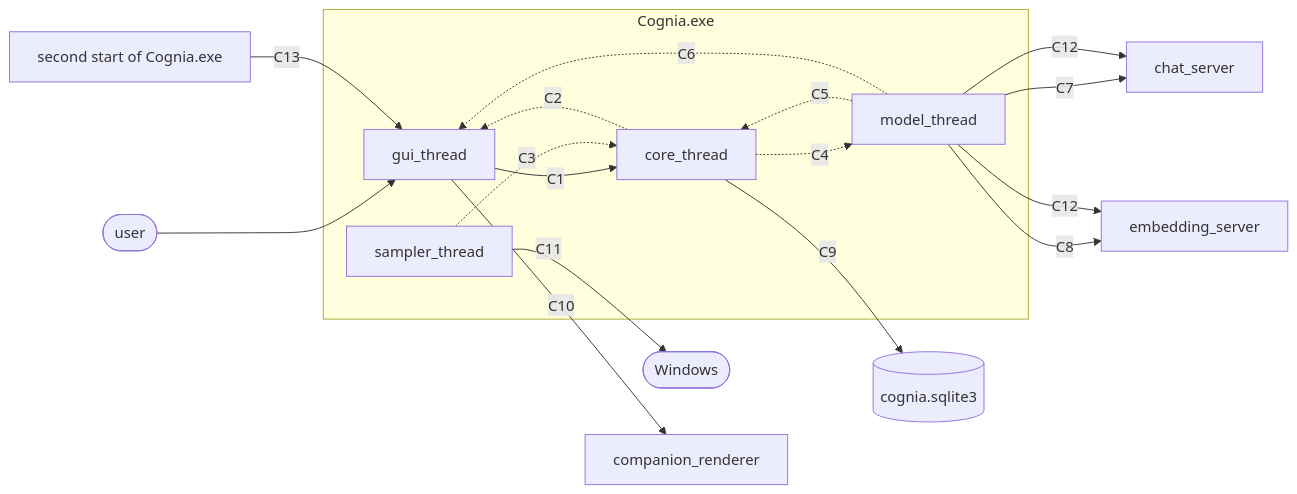
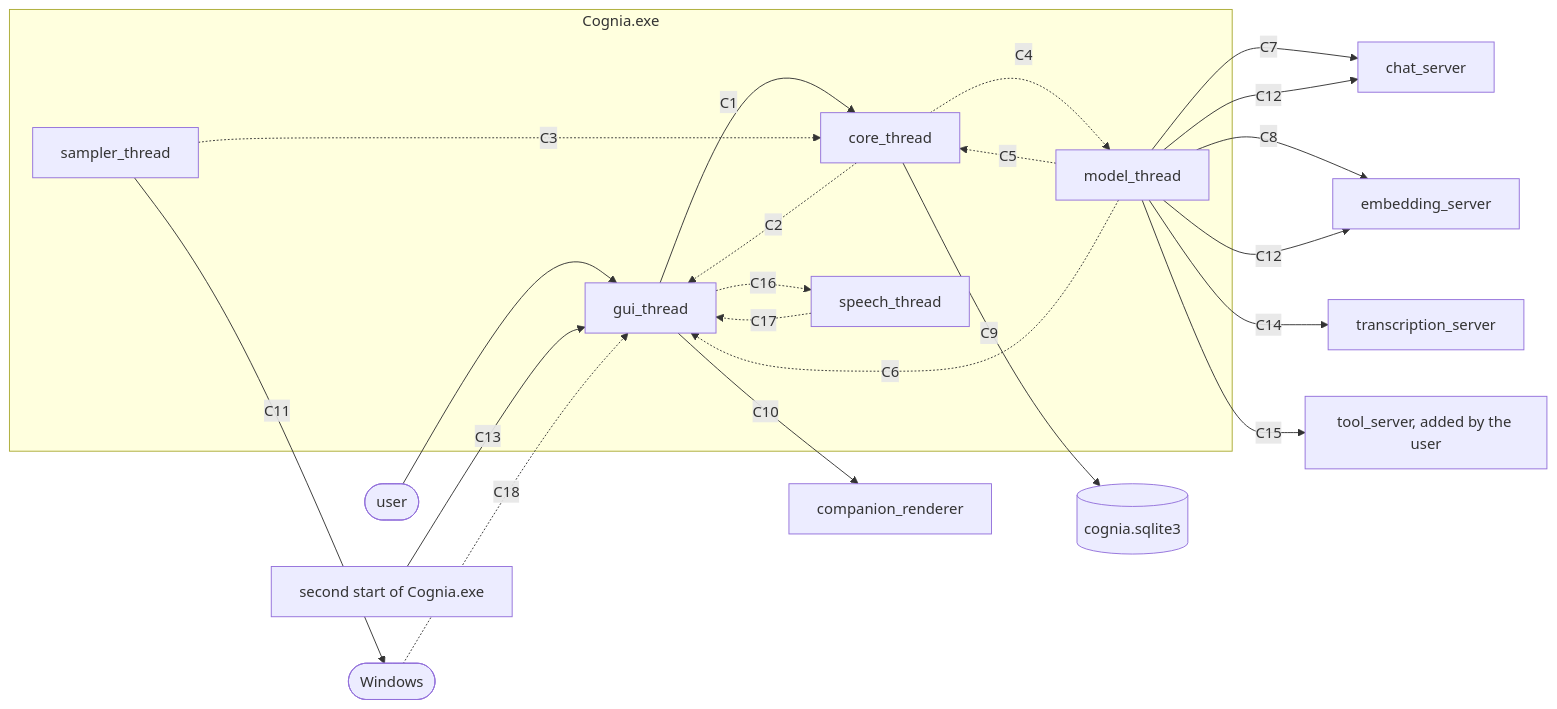
One commit to NguyenVu04/cognia changed diagram 34 of 48 in docs/architecture/ARCHITECTURE.md. Above: the diagram before and after it, drawn with Mermaid. The commit also changed other lines of this file and 83 other files, not shown here.

````diff
--- a/docs/architecture/ARCHITECTURE.md
+++ b/docs/architecture/ARCHITECTURE.md
@@ -2190,34 +2300,42 @@
 ```mermaid
 flowchart LR
     user(["user"])
     windows(["Windows"])
 
     subgraph cognia["Cognia.exe"]
         gui_thread["gui_thread"]
         core_thread["core_thread"]
         model_thread["model_thread"]
         sampler_thread["sampler_thread"]
+        speech_thread["speech_thread"]
     end
 
     chat_server["chat_server"]
     embedding_server["embedding_server"]
     companion_renderer["companion_renderer"]
     data_file[("cognia.sqlite3")]
     second_start["second start of Cognia.exe"]
+    transcription_server["transcription_server"]
+    tool_server["tool_server, added by the user"]
 
     user --> gui_thread
     gui_thread -- "C1" --> core_thread
     core_thread -. "C2" .-> gui_thread
     sampler_thread -. "C3" .-> core_thread
     core_thread -. "C4" .-> model_thread
     model_thread -. "C5" .-> core_thread
     model_thread -. "C6" .-> gui_thread
     model_thread -- "C7" --> chat_server
     model_thread -- "C8" --> embedding_server
     core_thread -- "C9" --> data_file
     gui_thread -- "C10" --> companion_renderer
     sampler_thread -- "C11" --> windows
     model_thread -- "C12" --> chat_server
     model_thread -- "C12" --> embedding_server
     second_start -- "C13" --> gui_thread
+    model_thread -- "C14" --> transcription_server
+    model_thread -- "C15" --> tool_server
+    gui_thread -. "C16" .-> speech_thread
+    speech_thread -. "C17" .-> gui_thread
+    windows -. "C18" .-> gui_thread
 ```
````
